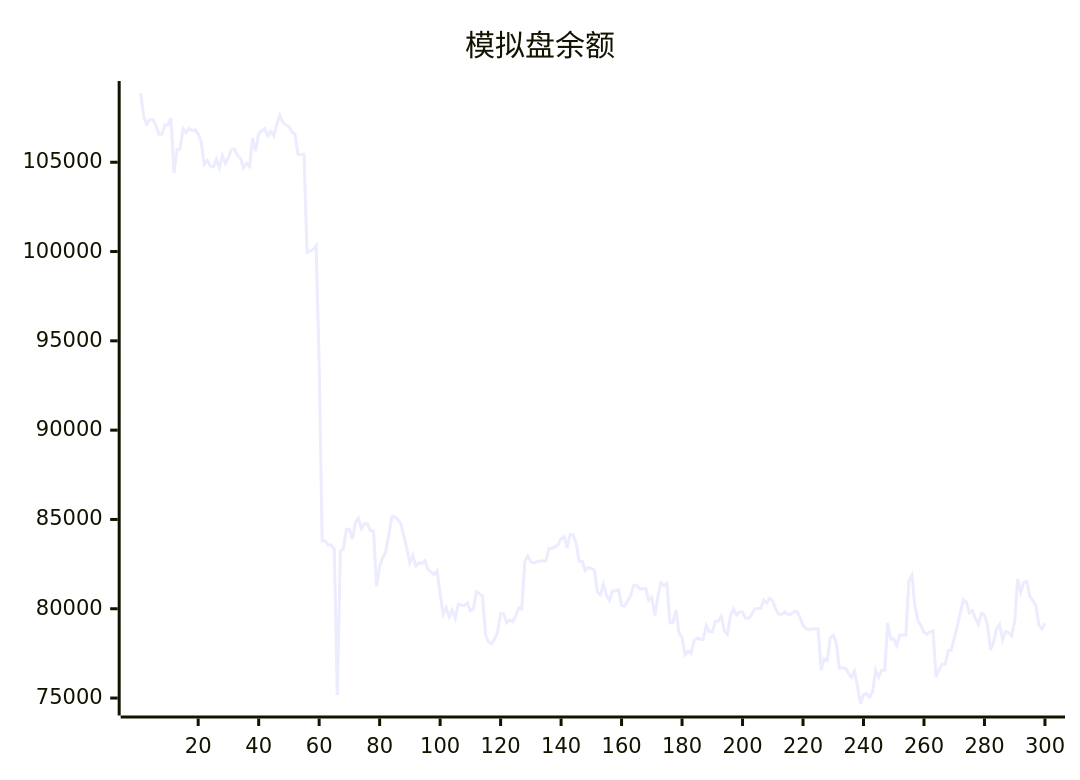
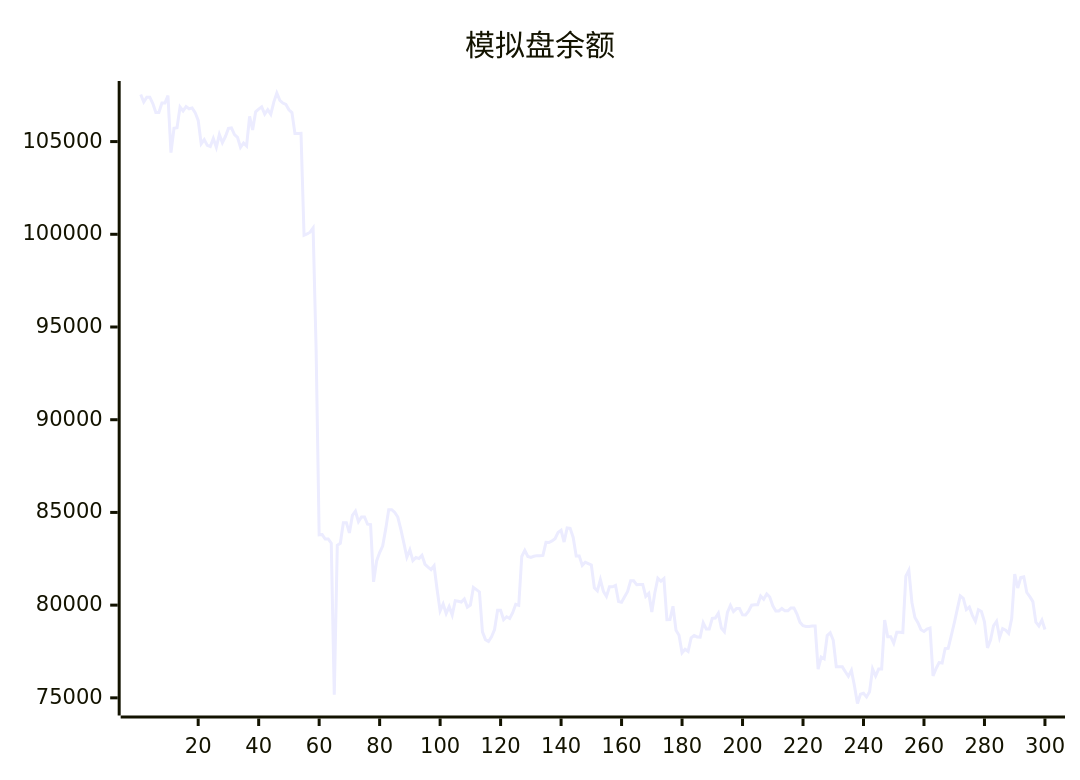
Before and after one commit to aahl/ai-trading: the diagram in README.md, drawn with Mermaid. The commit also changed other lines of this file and 1 other file, not shown here.

````diff
--- a/README.md
+++ b/README.md
@@ -5,5 +5,5 @@
 ```mermaid
 xychart
     title "模拟盘余额"
-    line [108877,107536,107134,107393,107393,107046,106565,106565,107081,107081,107478,104404,105715,105749,106866,106651,106889,106771,106816,106565,106141,104876,105103,104796,104734,105169,104690,105380,104941,105272,105709,105739,105374,105227,104691,104924,104762,106364,105628,106608,106748,106872,106485,106721,106468,107132,107620,107224,107080,107001,106717,106567,105431,105431,105440,99950,100017,100113,100337,93749,83795,83807,83567,83567,83342,75168,83222,83336,84448,84449,83896,84839,85065,84499,84757,84757,84364,84347,81254,82385,82835,83184,84099,85150,85150,85002,84751,84096,83356,82582,82983,82404,82572,82512,82688,82200,82047,81920,82125,80840,79688,80060,79552,79920,79470,80236,80208,80170,80336,79894,80006,80954,80837,80712,78561,78139,78037,78293,78682,79720,79720,79214,79372,79279,79591,80046,79993,82625,82950,82626,82571,82633,82670,82670,82681,83386,83378,83464,83579,83920,84037,83402,84160,84142,83652,82655,82655,82145,82315,82243,82163,80934,80770,81371,80742,80468,80989,80989,81067,80191,80155,80450,80737,81309,81309,81106,81119,81119,80471,80631,79624,80670,81448,81290,81429,79212,79222,79940,78643,78380,77432,77623,77504,78235,78358,78284,78277,79048,78714,78714,79290,79308,79567,78763,78563,79603,79988,79652,79813,79813,79476,79469,79673,79995,80015,80015,80486,80314,80600,80436,79966,79689,79689,79819,79692,79692,79850,79850,79518,79071,78889,78850,78850,78878,78878,76554,77202,77103,78357,78510,78106,76678,76677,76672,76411,76159,76485,75656,74695,75197,75246,75052,75334,76564,76179,76553,76551,79196,78300,78300,77944,78531,78531,78521,81564,81884,80160,79335,79055,78675,78580,78708,78764,76179,76586,76902,76876,77658,77669,78346,79023,79769,80497,80366,79761,79896,79448,79126,79749,79658,79097,77695,78114,78888,79126,78249,78738,78653,78478,79271,81680,80923,81488,81527,80681,80455,80190,79084,78879,79193]
+    line [107536,107134,107393,107393,107046,106565,106565,107081,107081,107478,104404,105715,105749,106866,106651,106889,106771,106816,106565,106141,104876,105103,104796,104734,105169,104690,105380,104941,105272,105709,105739,105374,105227,104691,104924,104762,106364,105628,106608,106748,106872,106485,106721,106468,107132,107620,107224,107080,107001,106717,106567,105431,105431,105440,99950,100017,100113,100337,93749,83795,83807,83567,83567,83342,75168,83222,83336,84448,84449,83896,84839,85065,84499,84757,84757,84364,84347,81254,82385,82835,83184,84099,85150,85150,85002,84751,84096,83356,82582,82983,82404,82572,82512,82688,82200,82047,81920,82125,80840,79688,80060,79552,79920,79470,80236,80208,80170,80336,79894,80006,80954,80837,80712,78561,78139,78037,78293,78682,79720,79720,79214,79372,79279,79591,80046,79993,82625,82950,82626,82571,82633,82670,82670,82681,83386,83378,83464,83579,83920,84037,83402,84160,84142,83652,82655,82655,82145,82315,82243,82163,80934,80770,81371,80742,80468,80989,80989,81067,80191,80155,80450,80737,81309,81309,81106,81119,81119,80471,80631,79624,80670,81448,81290,81429,79212,79222,79940,78643,78380,77432,77623,77504,78235,78358,78284,78277,79048,78714,78714,79290,79308,79567,78763,78563,79603,79988,79652,79813,79813,79476,79469,79673,79995,80015,80015,80486,80314,80600,80436,79966,79689,79689,79819,79692,79692,79850,79850,79518,79071,78889,78850,78850,78878,78878,76554,77202,77103,78357,78510,78106,76678,76677,76672,76411,76159,76485,75656,74695,75197,75246,75052,75334,76564,76179,76553,76551,79196,78300,78300,77944,78531,78531,78521,81564,81884,80160,79335,79055,78675,78580,78708,78764,76179,76586,76902,76876,77658,77669,78346,79023,79769,80497,80366,79761,79896,79448,79126,79749,79658,79097,77695,78114,78888,79126,78249,78738,78653,78478,79271,81680,80923,81488,81527,80681,80455,80190,79084,78879,79193,78686]
 ```
````
